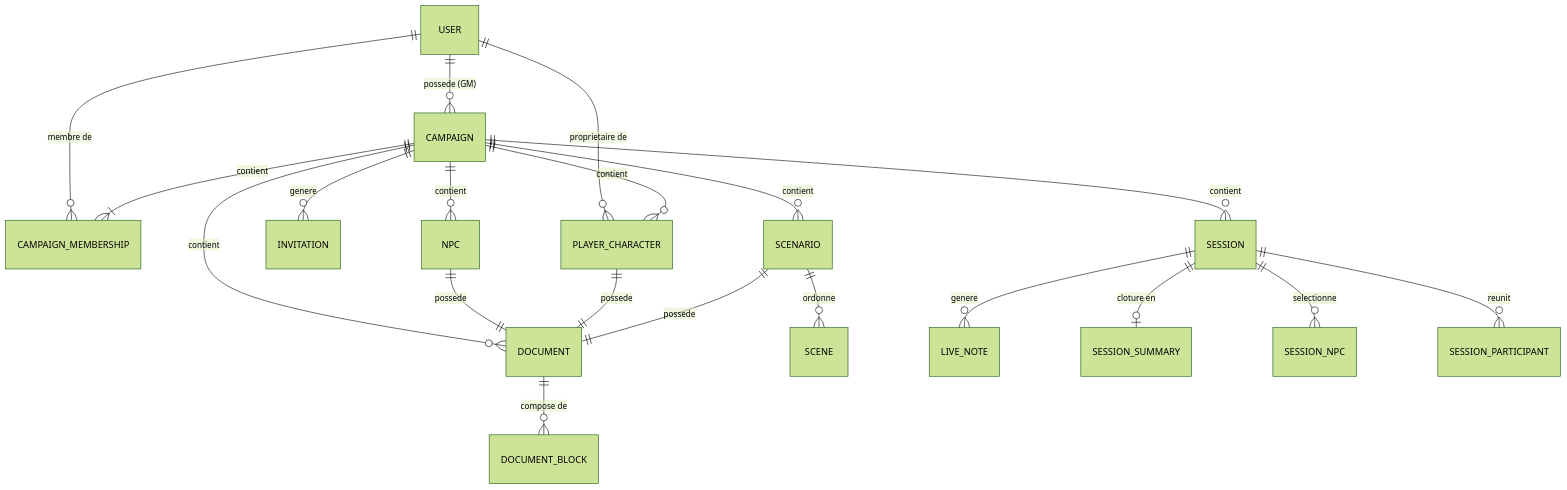
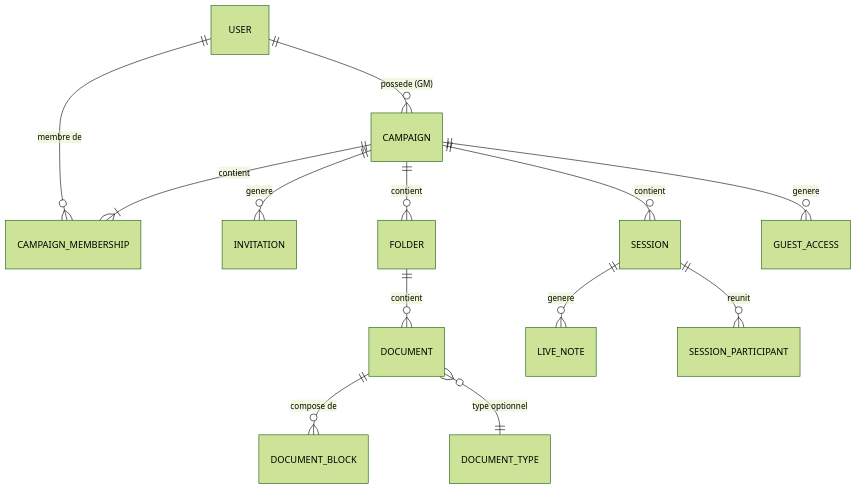
One commit to 2025-10-CDA-ECO-P6/PM-micro-saas changed the second of 2 diagrams in README.md. Above: the diagram before and after it, drawn with Mermaid (forest theme). The commit also changed other lines of this file and 102 other files, not shown here.

Commit message:
docs: update data and class diagrams to align with domain refactoring

````diff
--- a/README.md
+++ b/README.md
@@ -156,22 +153,15 @@
 ```mermaid
 erDiagram
     USER ||--o{ CAMPAIGN : "possede (GM)"
     USER ||--o{ CAMPAIGN_MEMBERSHIP : "membre de"
-    USER ||--o{ PLAYER_CHARACTER : "proprietaire de"
     CAMPAIGN ||--|{ CAMPAIGN_MEMBERSHIP : "contient"
     CAMPAIGN ||--o{ INVITATION : "genere"
-    CAMPAIGN ||--o{ DOCUMENT : "contient"
-    CAMPAIGN ||--o{ NPC : "contient"
-    CAMPAIGN ||--o{ PLAYER_CHARACTER : "contient"
-    CAMPAIGN ||--o{ SCENARIO : "contient"
+    CAMPAIGN ||--o{ FOLDER : "contient"
+    FOLDER ||--o{ DOCUMENT : "contient"
+    DOCUMENT ||--o{ DOCUMENT_BLOCK : "compose de"
+    DOCUMENT }o--|| DOCUMENT_TYPE : "type optionnel"
     CAMPAIGN ||--o{ SESSION : "contient"
-    DOCUMENT ||--o{ DOCUMENT_BLOCK : "compose de"
-    NPC ||--|| DOCUMENT : "possede"
-    PLAYER_CHARACTER ||--|| DOCUMENT : "possede"
-    SCENARIO ||--|| DOCUMENT : "possede"
-    SCENARIO ||--o{ SCENE : "ordonne"
     SESSION ||--o{ LIVE_NOTE : "genere"
-    SESSION ||--o| SESSION_SUMMARY : "cloture en"
-    SESSION ||--o{ SESSION_NPC : "selectionne"
     SESSION ||--o{ SESSION_PARTICIPANT : "reunit"
+    CAMPAIGN ||--o{ GUEST_ACCESS : "genere"
 ```
````
